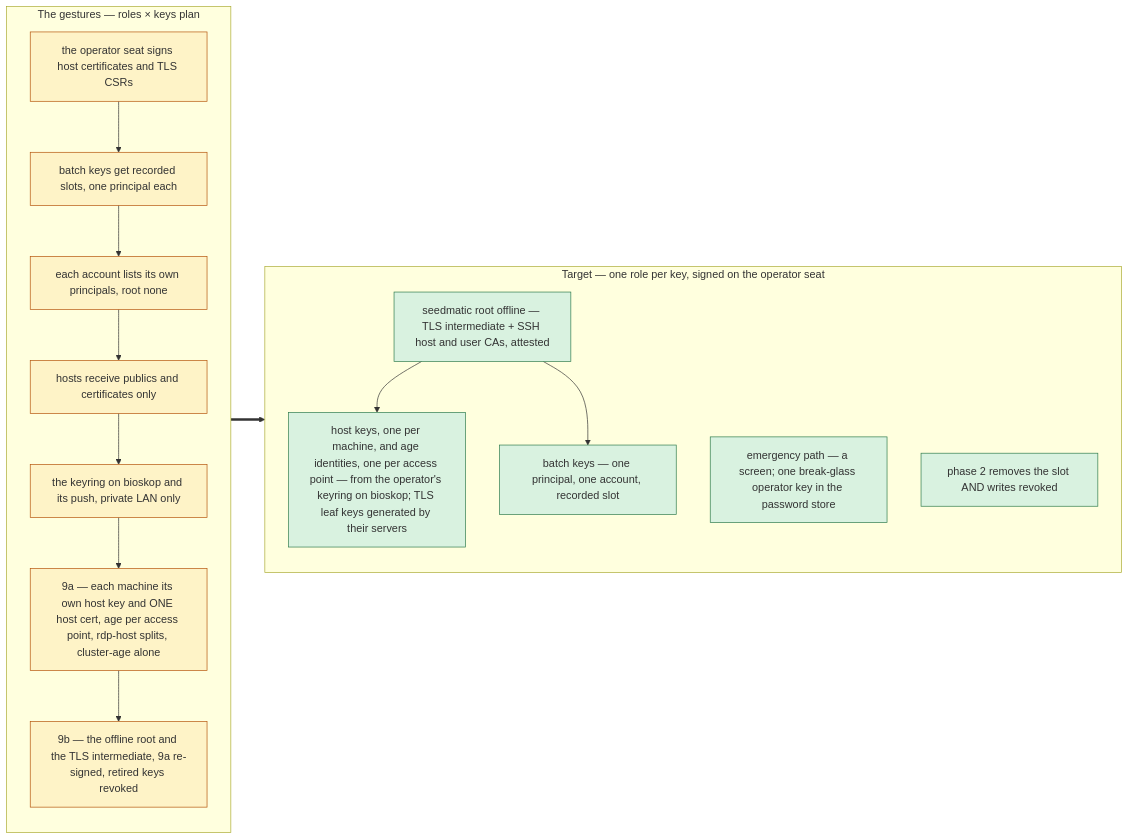
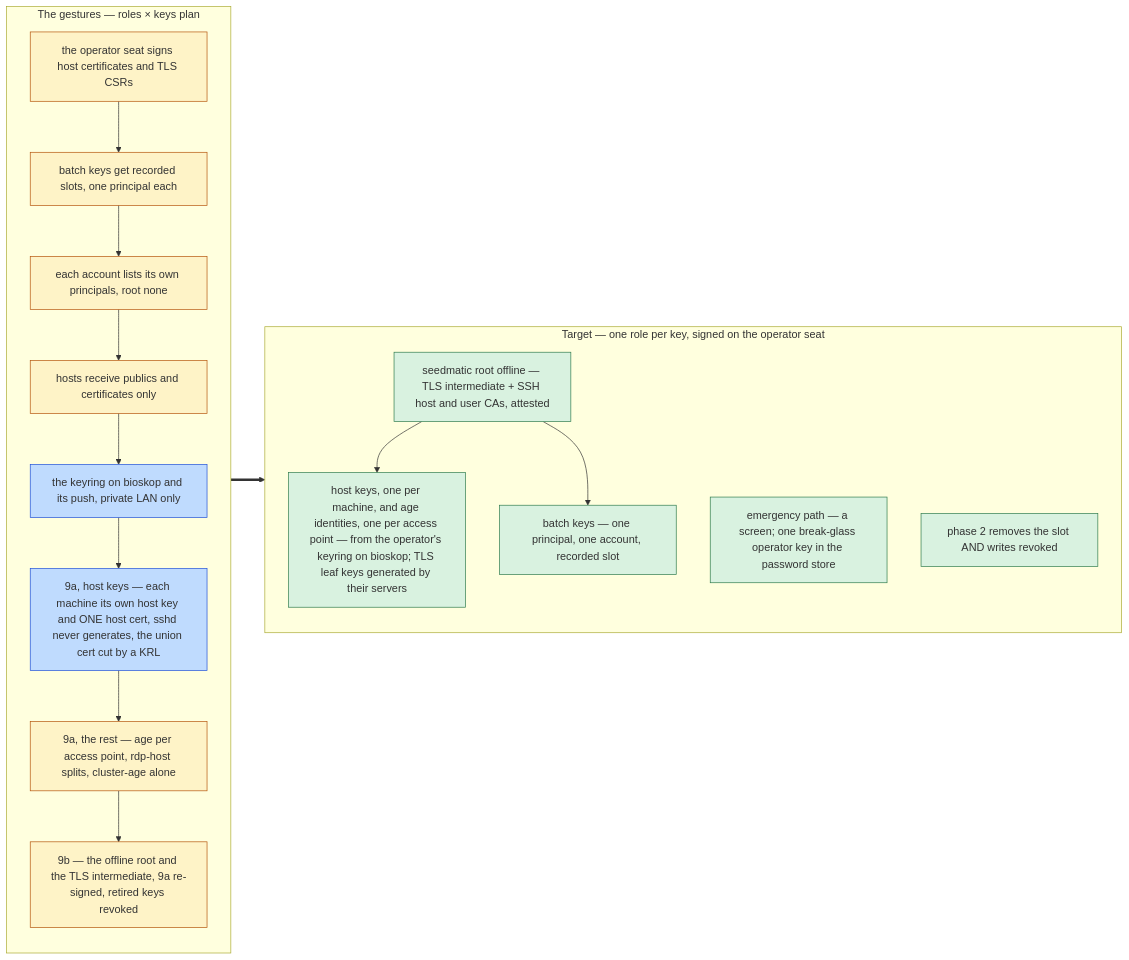
One commit to seedmatic/rke2lab changed the third of 8 diagrams in docs/architecture/atlas/fabric-control-plane.adoc. Above: the diagram before and after it, drawn with Mermaid. The commit also changed other lines of this file, not shown here.

Commit message:
docs(atlas): the host keys of roles x keys are delivered, as tooling the operator activates
S3a step 7. Diagram C marks the keyring and its push, and 9a's host-key half (one host key and ONE
certificate per machine, sshd never generating, the union certificate cut by a KRL) as delivered
tooling (ndh develop c0e10f2c), each activated by the operator's gestures; 9a's rest (age per access
point, the rdp-host split, cluster-age) stays to come. The .ndh-ssh.d subtree is synced down from the
same revision (the schema's revoked_certificates, the scoped KnownHostsCommand).

```diff
--- a/docs/architecture/atlas/fabric-control-plane.adoc
+++ b/docs/architecture/atlas/fabric-control-plane.adoc
@@ -112,28 +112,30 @@
 [mermaid]
 ....
 flowchart LR
   subgraph GESTURES["The gestures — roles × keys plan"]
     direction TB
     g1["the operator seat signs host certificates and TLS CSRs"]:::step
     g2["batch keys get recorded slots, one principal each"]:::step
     g3["each account lists its own principals, root none"]:::step
     g4["hosts receive publics and certificates only"]:::step
-    g5["the keyring on bioskop and its push, private LAN only"]:::step
-    g6["9a — each machine its own host key and ONE host cert, age per access point, rdp-host splits, cluster-age alone"]:::step
+    g5["the keyring on bioskop and its push, private LAN only"]:::done
+    g6a["9a, host keys — each machine its own host key and ONE host cert, sshd never generates, the union cert cut by a KRL"]:::done
+    g6b["9a, the rest — age per access point, rdp-host splits, cluster-age alone"]:::step
     g7["9b — the offline root and the TLS intermediate, 9a re-signed, retired keys revoked"]:::step
-    g1 --> g2 --> g3 --> g4 --> g5 --> g6 --> g7
+    g1 --> g2 --> g3 --> g4 --> g5 --> g6a --> g6b --> g7
   end
   subgraph TARGET["Target — one role per key, signed on the operator seat"]
     direction TB
     a0["seedmatic root offline — TLS intermediate + SSH host and user CAs, attested"]:::ok
     a1["emergency path — a screen; one break-glass operator key in the password store"]:::ok
     a2["host keys, one per machine, and age identities, one per access point — from the operator's keyring on bioskop; TLS leaf keys generated by their servers"]:::ok
     a3["batch keys — one principal, one account, recorded slot"]:::ok
     a4["phase 2 removes the slot AND writes revoked"]:::ok
     a0 --> a2 & a3
   end
   GESTURES ==> TARGET
 
   classDef step fill:#fef3c7,stroke:#b45309;
+  classDef done fill:#bfdbfe,stroke:#1d4ed8;
   classDef ok fill:#d9f2e0,stroke:#2d7a4b;
 ....
```
